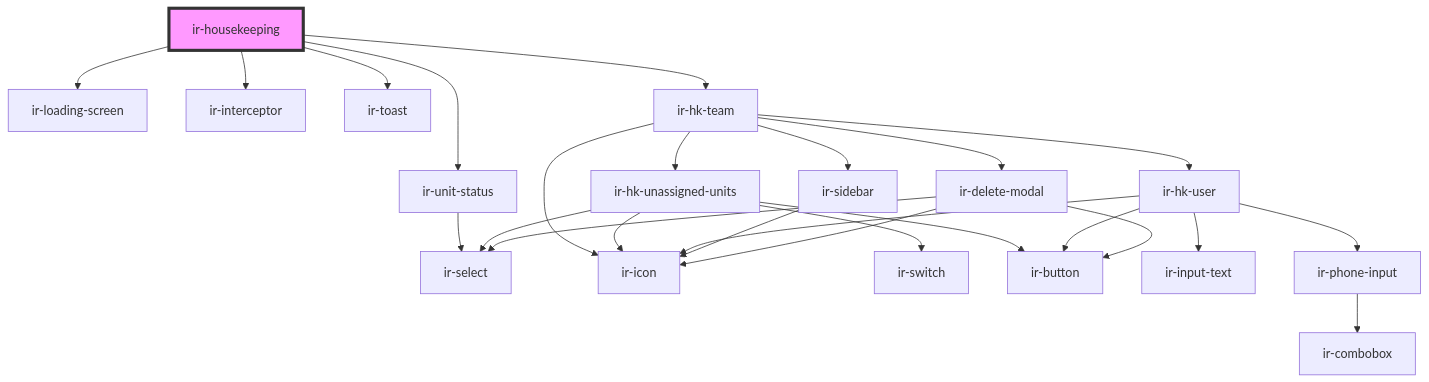
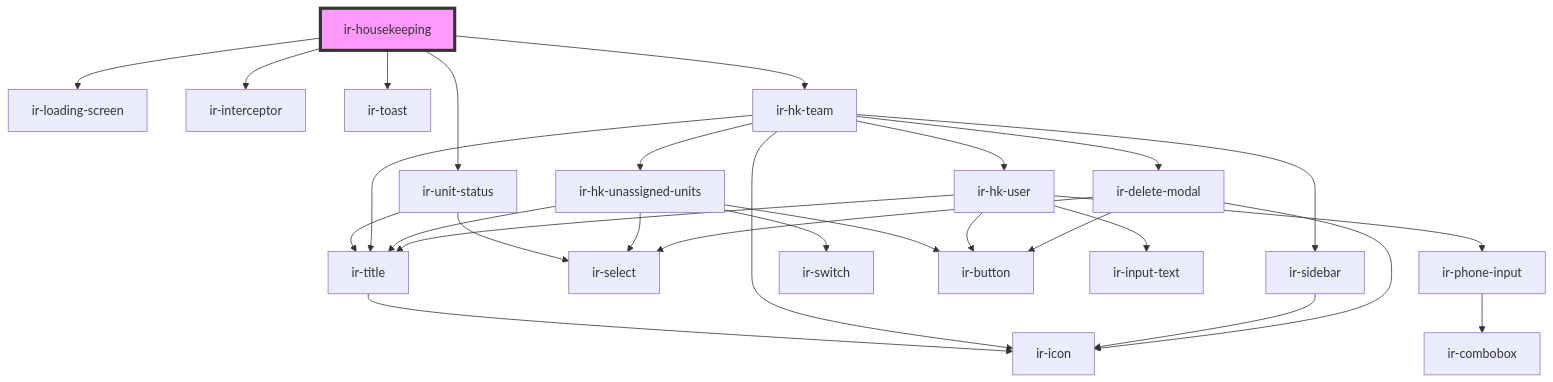
The diagram in src/components/ir-housekeeping/readme.md (David1Chowaifaty/modified-ir-webcmp), drawn with Mermaid before and after one commit. The commit also changed 16 other files, not shown here.

````diff
--- a/src/components/ir-housekeeping/readme.md
+++ b/src/components/ir-housekeeping/readme.md
@@ -29,28 +29,31 @@
 ```mermaid
 graph TD;
   ir-housekeeping --> ir-loading-screen
   ir-housekeeping --> ir-interceptor
   ir-housekeeping --> ir-toast
   ir-housekeeping --> ir-unit-status
   ir-housekeeping --> ir-hk-team
+  ir-unit-status --> ir-title
   ir-unit-status --> ir-select
+  ir-title --> ir-icon
   ir-hk-team --> ir-hk-unassigned-units
   ir-hk-team --> ir-hk-user
+  ir-hk-team --> ir-title
   ir-hk-team --> ir-icon
   ir-hk-team --> ir-sidebar
   ir-hk-team --> ir-delete-modal
   ir-hk-unassigned-units --> ir-select
   ir-hk-unassigned-units --> ir-switch
-  ir-hk-unassigned-units --> ir-icon
+  ir-hk-unassigned-units --> ir-title
   ir-hk-unassigned-units --> ir-button
-  ir-hk-user --> ir-icon
+  ir-hk-user --> ir-title
   ir-hk-user --> ir-input-text
   ir-hk-user --> ir-phone-input
   ir-hk-user --> ir-button
   ir-phone-input --> ir-combobox
   ir-sidebar --> ir-icon
   ir-delete-modal --> ir-icon
   ir-delete-modal --> ir-select
   ir-delete-modal --> ir-button
   style ir-housekeeping fill:#f9f,stroke:#333,stroke-width:4px
 ```
````
